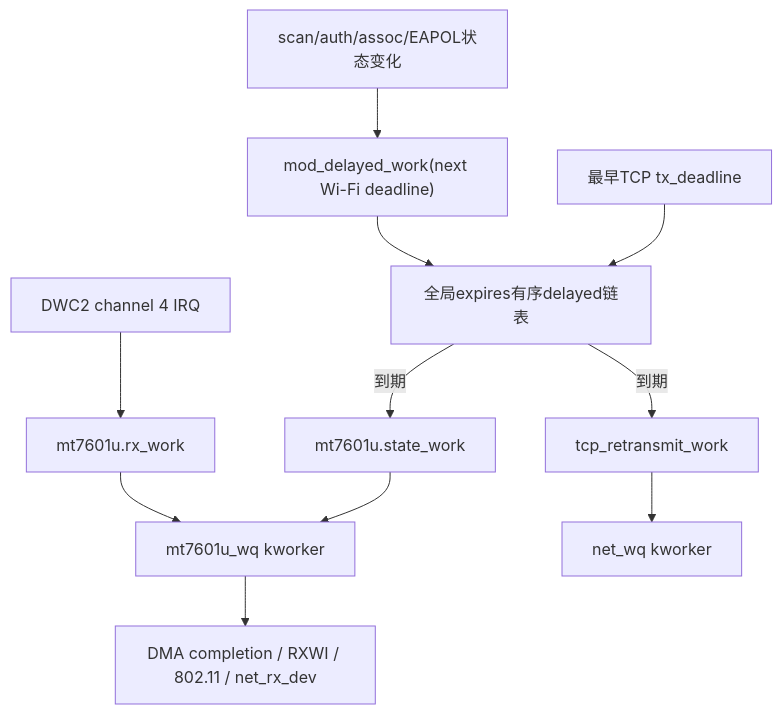
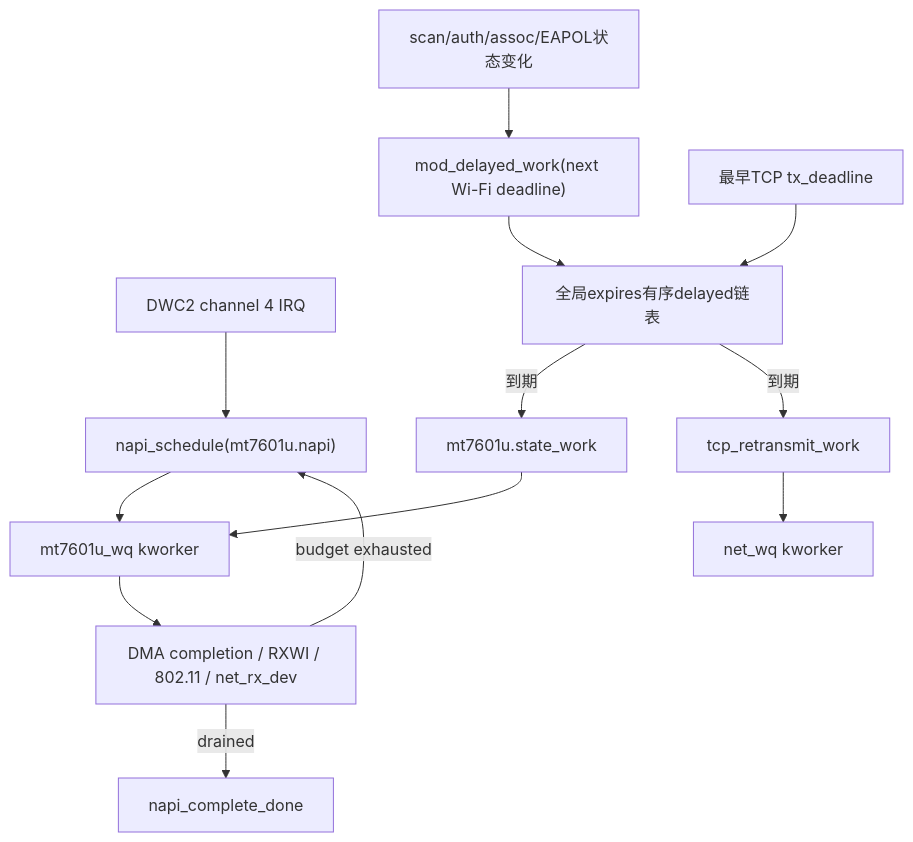
One commit to jimingkang/xv6-aarch64 changed the third of 6 diagrams in readme/readme_usb_wifi_MT7601.md. Above: the diagram before and after it, drawn with Mermaid. The commit also changed other lines of this file and 5 other files, not shown here.

````diff
--- a/readme/readme_usb_wifi_MT7601.md
+++ b/readme/readme_usb_wifi_MT7601.md
@@ -320,15 +324,17 @@
 ```mermaid
 flowchart TD
-    IRQ["DWC2 channel 4 IRQ"] --> RX["mt7601u.rx_work"]
+    IRQ["DWC2 channel 4 IRQ"] --> RX["napi_schedule(mt7601u.napi)"]
     RX --> MWQ["mt7601u_wq kworker"]
     MWQ --> PARSE["DMA completion / RXWI / 802.11 / net_rx_dev"]
+    PARSE -->|budget exhausted| RX
+    PARSE -->|drained| DONE["napi_complete_done"]
 
     EVENT["scan/auth/assoc/EAPOL状态变化"] --> MOD["mod_delayed_work(next Wi-Fi deadline)"]
     MOD --> SORT["全局expires有序delayed链表"]
     SORT -->|到期| STATE["mt7601u.state_work"]
     STATE --> MWQ
 
     TCP["最早TCP tx_deadline"] --> SORT
     SORT -->|到期| RETX["tcp_retransmit_work"]
     RETX --> NWQ["net_wq kworker"]
 ```
````
